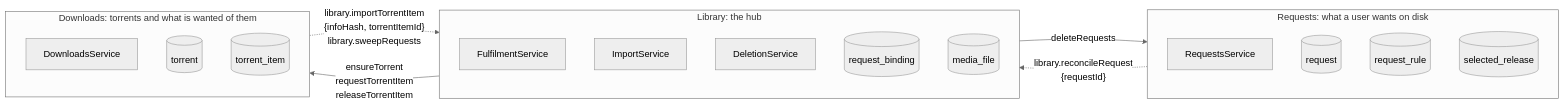
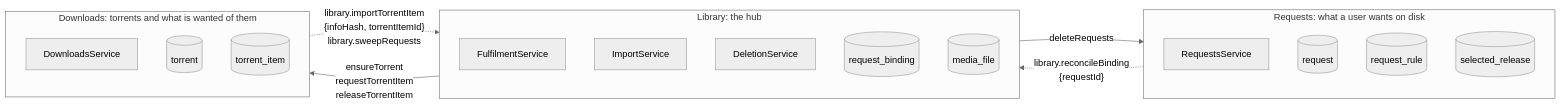
The first of 5 diagrams in docs/backend-architecture.md (aleksilassila/reiverr), drawn with Mermaid (neutral theme) before and after one commit. The commit also changed other lines of this file and 17 other files, not shown here.

Commit message:
refactor: requests module; rename requestsService.applyRule -> reconcileRequests; rename library.reconcileRequest -> library.reconcileBinding

````diff
--- a/docs/backend-architecture.md
+++ b/docs/backend-architecture.md
@@ -9,28 +9,28 @@
 ```mermaid
 flowchart LR
   subgraph requests["Requests: what a user wants on disk"]
     RS["RequestsService"]
     RQ[("request")]
     RR[("request_rule")]
     SR[("selected_release")]
   end
 
   subgraph library["Library: the hub"]
     FS["FulfilmentService"]
     IS["ImportService"]
     DEL["DeletionService"]
     RB[("request_binding")]
     MF[("media_file")]
   end
 
   subgraph downloads["Downloads: torrents and what is wanted of them"]
     DS["DownloadsService"]
     T[("torrent")]
     TI[("torrent_item")]
   end
 
-  requests -.->|"library.reconcileRequest<br/>{requestId}"| library
+  requests -.->|"library.reconcileBinding<br/>{requestId}"| library
   library -->|"deleteRequests"| requests
   library -->|"ensureTorrent<br/>requestTorrentItem<br/>releaseTorrentItem"| downloads
   downloads -.->|"library.importTorrentItem<br/>{infoHash, torrentItemId}<br/>library.sweepRequests"| library
 ```
````
